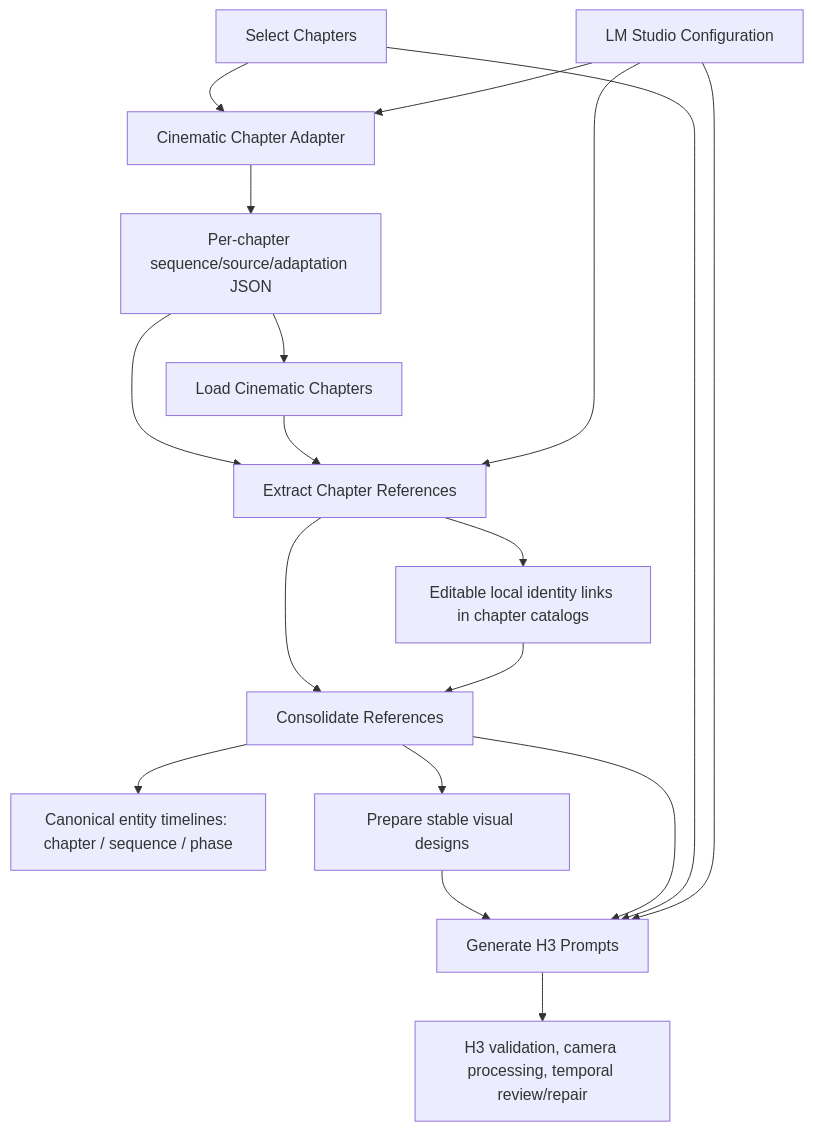
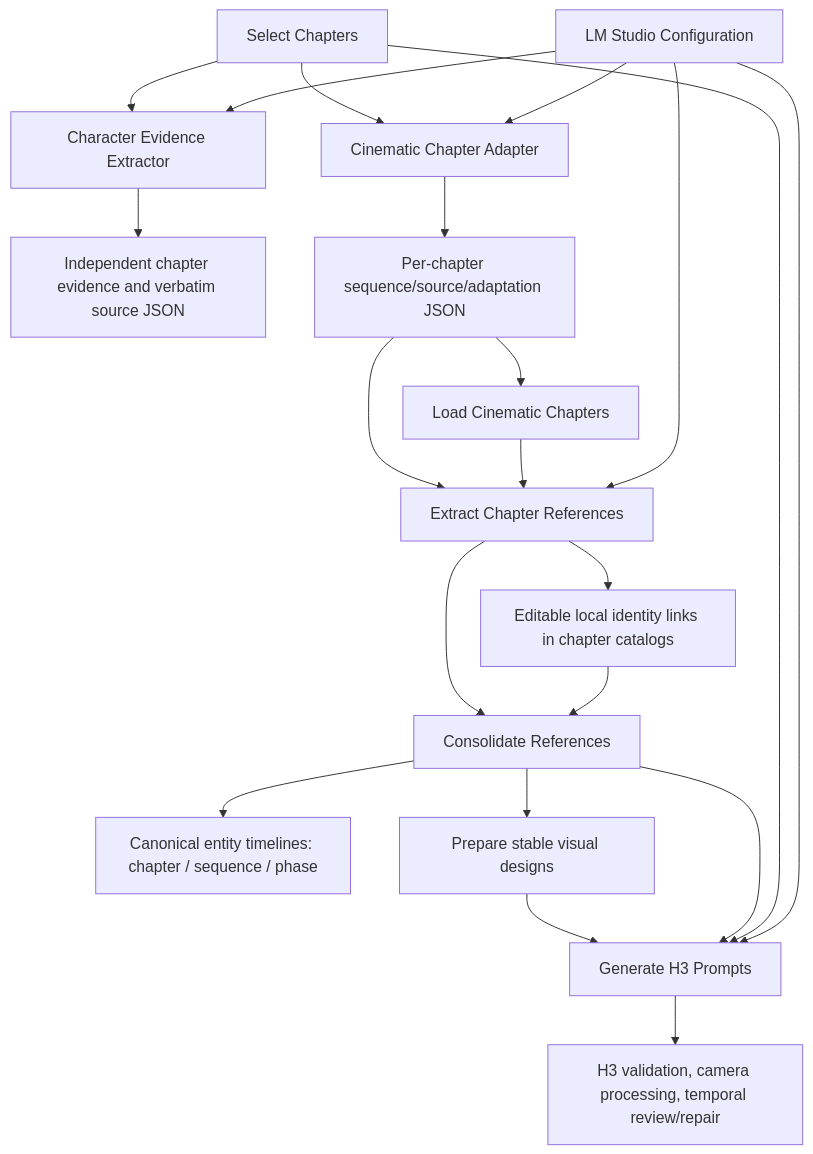
Before and after one commit to yuyuki/ComfyUI-Minimax_H3_Novel_Pipeline: the first of 2 diagrams in docs/architecture.md, drawn with Mermaid. The commit also changed other lines of this file and 10 other files, not shown here.

First line of the commit message:
Add Character Evidence Extractor node and related documentation

````diff
--- a/docs/architecture.md
+++ b/docs/architecture.md
@@ -10,20 +10,23 @@
 ```mermaid
 flowchart TD
     selector["Select Chapters"] --> adapter["Cinematic Chapter Adapter"]
     config --> adapter
+    selector --> evidence["Character Evidence Extractor"]
+    config --> evidence
+    evidence --> evidence_json["Independent chapter evidence and verbatim source JSON"]
     adapter --> adapted["Per-chapter sequence/source/adaptation JSON"]
     adapted --> extract
     adapted --> loader["Load Cinematic Chapters"]
     loader --> extract
     config["LM Studio Configuration"] --> extract["Extract Chapter References"]
     extract --> consolidate["Consolidate References"]
     consolidate --> timeline["Canonical entity timelines: chapter / sequence / phase"]
     extract --> local["Editable local identity links in chapter catalogs"]
     local --> consolidate
     consolidate --> designs["Prepare stable visual designs"]
     designs --> generate["Generate H3 Prompts"]
     consolidate --> generate
     selector --> generate
     config --> generate
     generate --> review["H3 validation, camera processing, temporal review/repair"]
 ```
````
